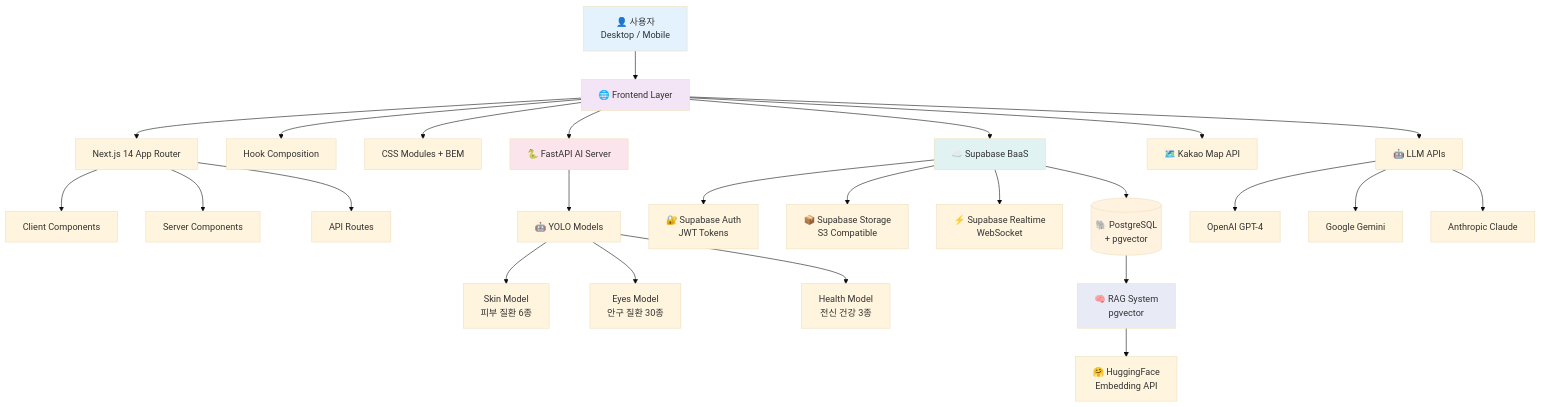
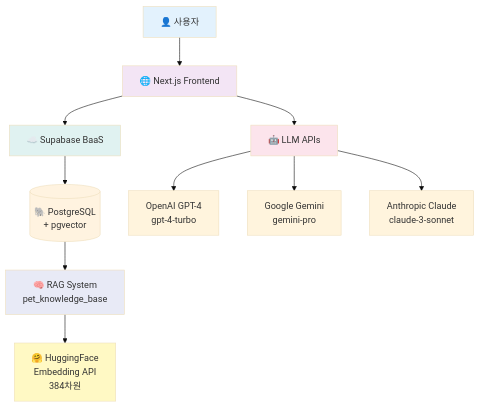
One commit to LYSS-LGU/wh07-3rd-Fetpal changed the seventh of 8 diagrams in README.md. Above: the diagram before and after it, drawn with Mermaid (base theme). The commit also changed other lines of this file, not shown here.

Commit message:
docs: Add RAG-LLM as README

````diff
--- a/README.md
+++ b/README.md
@@ -189,40 +566,23 @@
 ```mermaid
 graph TB
-    User[👤 사용자<br/>Desktop / Mobile] --> Frontend[🌐 Frontend Layer]
-    Frontend --> Next[Next.js 14 App Router]
-    Frontend --> Hooks[Hook Composition]
-    Frontend --> CSS[CSS Modules + BEM]
-
-    Next --> ClientComp[Client Components]
-    Next --> ServerComp[Server Components]
-    Next --> APIRoute[API Routes]
-
+    User[👤 사용자] --> Frontend[🌐 Next.js Frontend]
     Frontend --> Supabase[☁️ Supabase BaaS]
-    Frontend --> FastAPI[🐍 FastAPI AI Server]
-    Frontend --> KakaoAPI[🗺️ Kakao Map API]
     Frontend --> LLM[🤖 LLM APIs]
 
     Supabase --> PostgreSQL[(🐘 PostgreSQL<br/>+ pgvector)]
-    Supabase --> Auth[🔐 Supabase Auth<br/>JWT Tokens]
-    Supabase --> Storage[📦 Supabase Storage<br/>S3 Compatible]
-    Supabase --> Realtime[⚡ Supabase Realtime<br/>WebSocket]
+    PostgreSQL --> RAG[🧠 RAG System<br/>pet_knowledge_base]
 
-    FastAPI --> YOLO[🤖 YOLO Models]
-    YOLO --> SkinModel[Skin Model<br/>피부 질환 6종]
-    YOLO --> EyesModel[Eyes Model<br/>안구 질환 30종]
-    YOLO --> HealthModel[Health Model<br/>전신 건강 3종]
+    RAG --> HuggingFace[🤗 HuggingFace<br/>Embedding API<br/>384차원]
 
-    PostgreSQL --> RAG[🧠 RAG System<br/>pgvector]
-    RAG --> HuggingFace[🤗 HuggingFace<br/>Embedding API]
-
-    LLM --> GPT[OpenAI GPT-4]
-    LLM --> Gemini[Google Gemini]
-    LLM --> Claude[Anthropic Claude]
+    LLM --> GPT[OpenAI GPT-4<br/>gpt-4-turbo]
+    LLM --> Gemini[Google Gemini<br/>gemini-pro]
+    LLM --> Claude[Anthropic Claude<br/>claude-3-sonnet]
 
     style User fill:#E3F2FD
     style Frontend fill:#F3E5F5
     style Supabase fill:#E0F2F1
-    style FastAPI fill:#FCE4EC
     style PostgreSQL fill:#FFF3E0
     style RAG fill:#E8EAF6
+    style LLM fill:#FCE4EC
+    style HuggingFace fill:#FFF9C4
 ```
````
